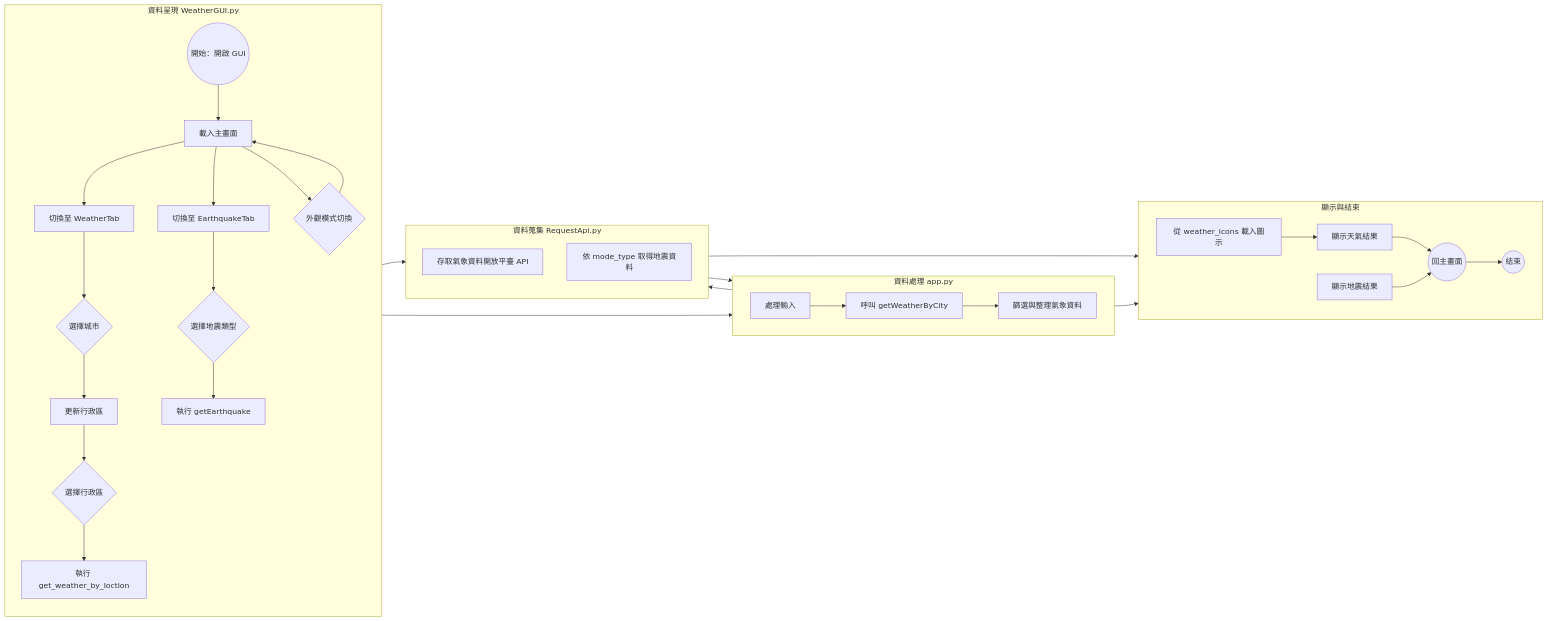
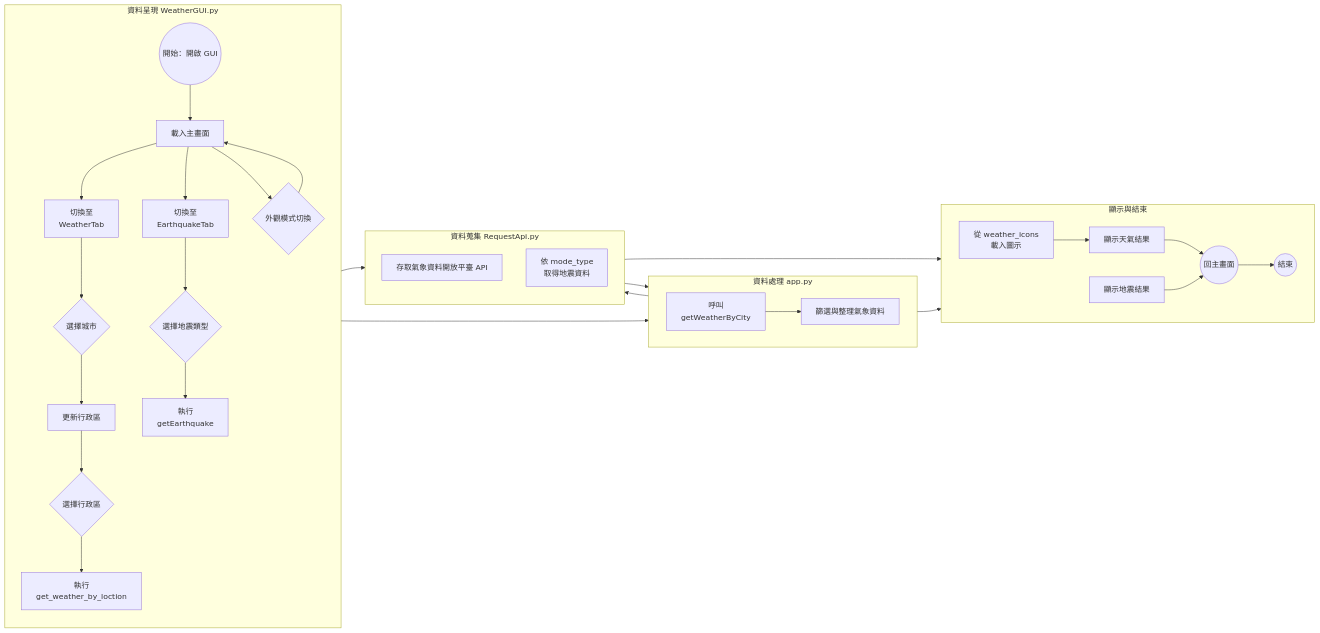
Before and after one commit to The-Hermit-IndieGames/NOU_Python_113-2_Meteorological: the diagram in README.md, drawn with Mermaid.

Commit message:
流程圖 v3

````diff
--- a/README.md
+++ b/README.md
@@ -5,53 +5,52 @@
  ```mermaid
 flowchart LR
     %% 起點
     A((開始：開啟 GUI))
 
     %% GUI 模組 - 垂直呈現
     subgraph WeatherGUI.py[資料呈現 WeatherGUI.py]
         direction TB
         A --> B[載入主畫面]
-        B --> C[切換至 WeatherTab]
-        B --> D[切換至 EarthquakeTab]
+        B --> C[切換至<br>WeatherTab]
+        B --> D[切換至<br>EarthquakeTab]
         B --> Z{外觀模式切換}
         Z --> B
 
         %% 天氣操作流程
         C --> E{選擇城市}
         E --> F[更新行政區]
         F --> G{選擇行政區}
-        G --> H[執行 get_weather_by_loction]
+        G --> H[執行<br>get_weather_by_loction]
 
         %% 地震操作流程
         D --> I{選擇地震類型}
-        I --> J[執行 getEarthquake]
+        I --> J[執行<br>getEarthquake]
     end
 
     %% app.py 模組 - 水平排列
     subgraph app.py[資料處理 app.py]
         direction LR
-        H --> K[處理輸入]
-        K --> L[呼叫 getWeatherByCity]
+        H --> L[呼叫<br>getWeatherByCity]
         L --> M[篩選與整理氣象資料]
     end
 
     %% API 模組 - 垂直排列
     subgraph RequestApi.py[資料蒐集 RequestApi.py]
         direction TB
         L --> N[存取氣象資料開放平臺 API]
         N --> M
-        J --> O[依 mode_type 取得地震資料]
+        J --> O[依 mode_type<br>取得地震資料]
     end
 
     %% 顯示結果與結尾 - 水平
     subgraph 顯示與結束
         direction LR
         M --> P[顯示天氣結果]
-        Q[從 weather_icons 載入圖示] --> P
+        Q[從 weather_icons<br>載入圖示] --> P
         O --> R[顯示地震結果]
         P --> S((回主畫面))
         R --> S
         S --> T((結束))
     end
 
 ```
````
